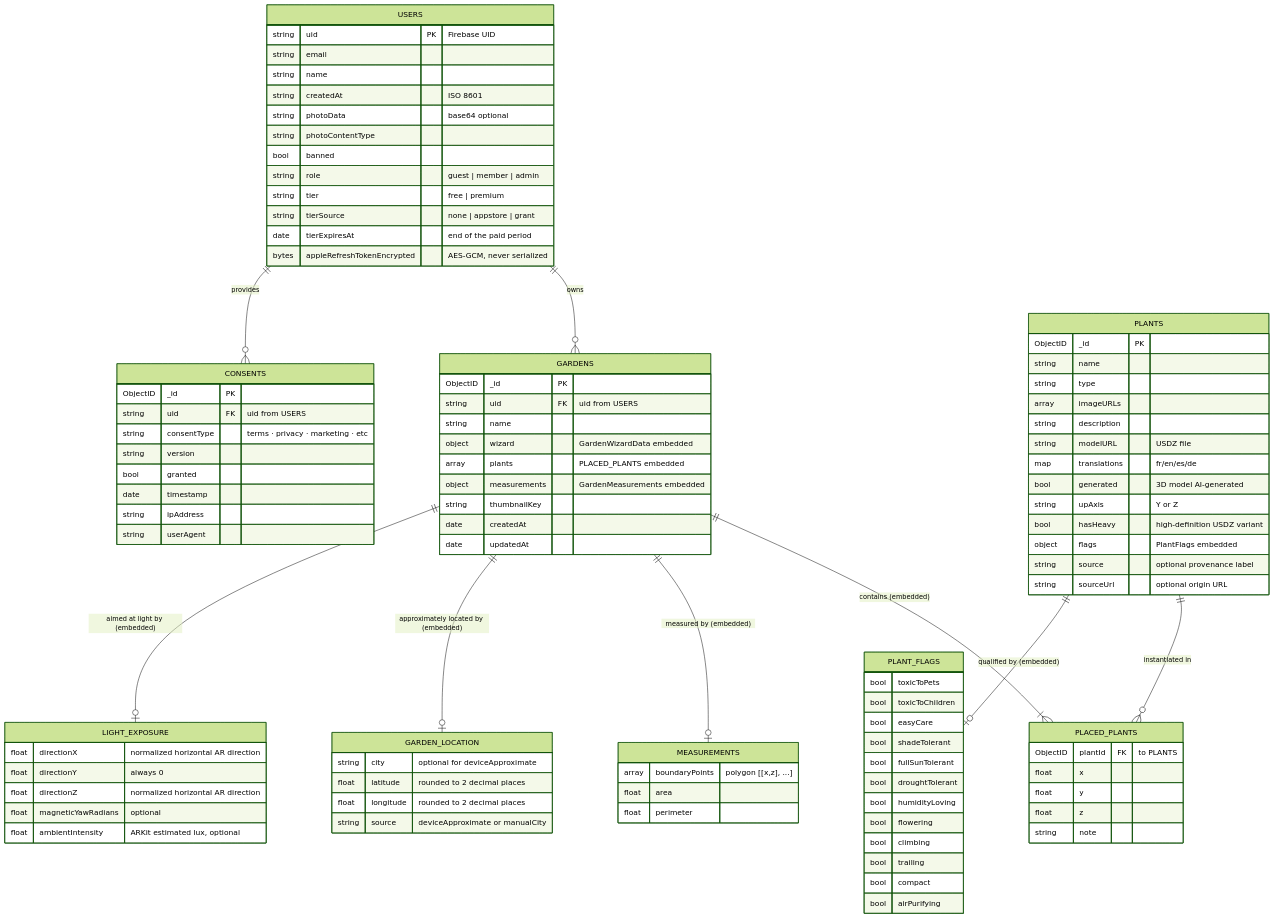
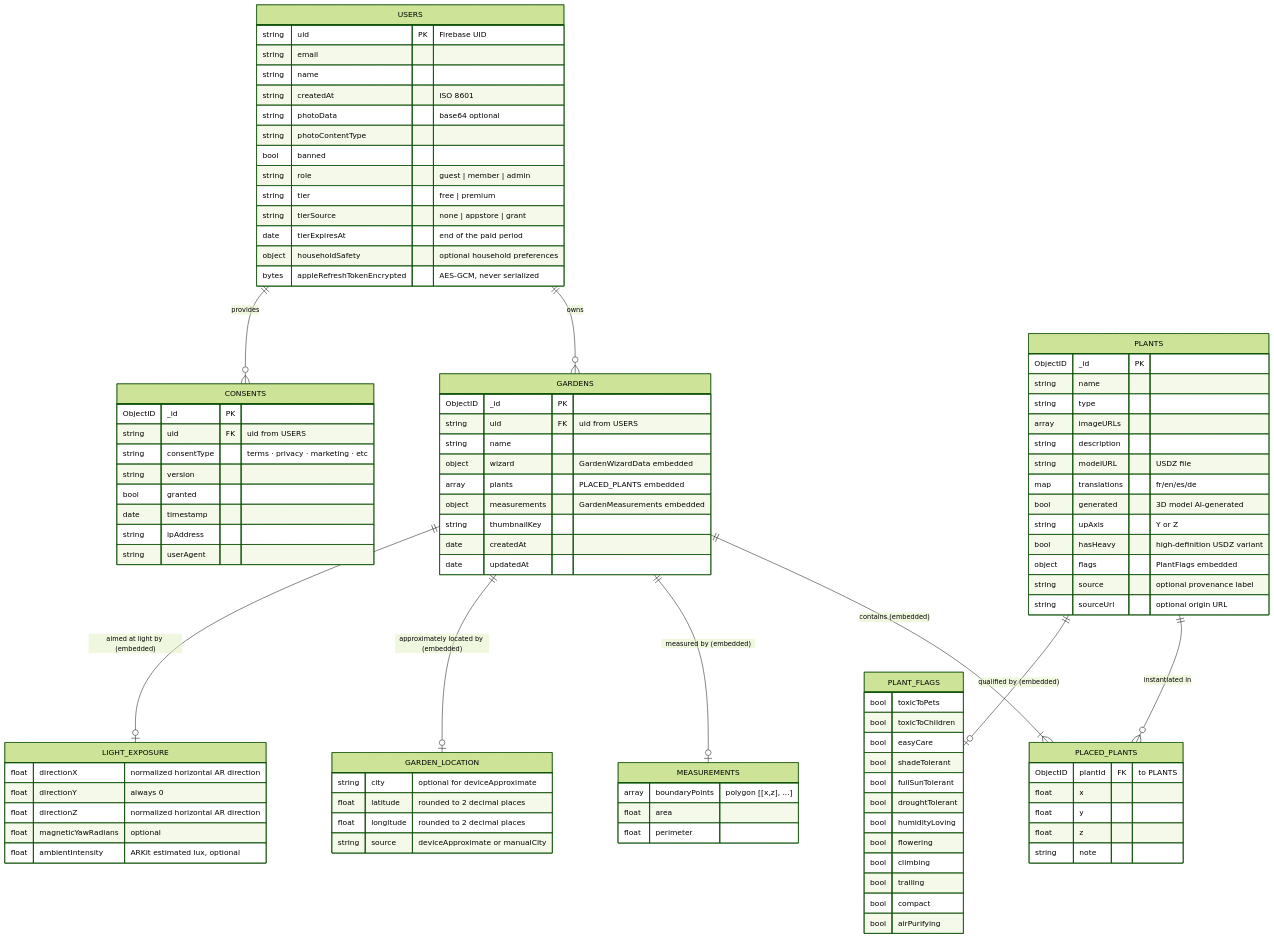
The diagram in docs/en/architecture/04-data-model.md (ArboreTeam/Arbore), drawn with Mermaid (forest theme) before and after one commit. The commit also changed other lines of this file and 46 other files, not shown here.

```diff
--- a/docs/en/architecture/04-data-model.md
+++ b/docs/en/architecture/04-data-model.md
@@ -31,6 +31,7 @@
         string tier "free | premium"
         string tierSource "none | appstore | grant"
         date   tierExpiresAt "end of the paid period"
+        object householdSafety "optional household preferences"
         bytes  appleRefreshTokenEncrypted "AES-GCM, never serialized"
     }
 
```
